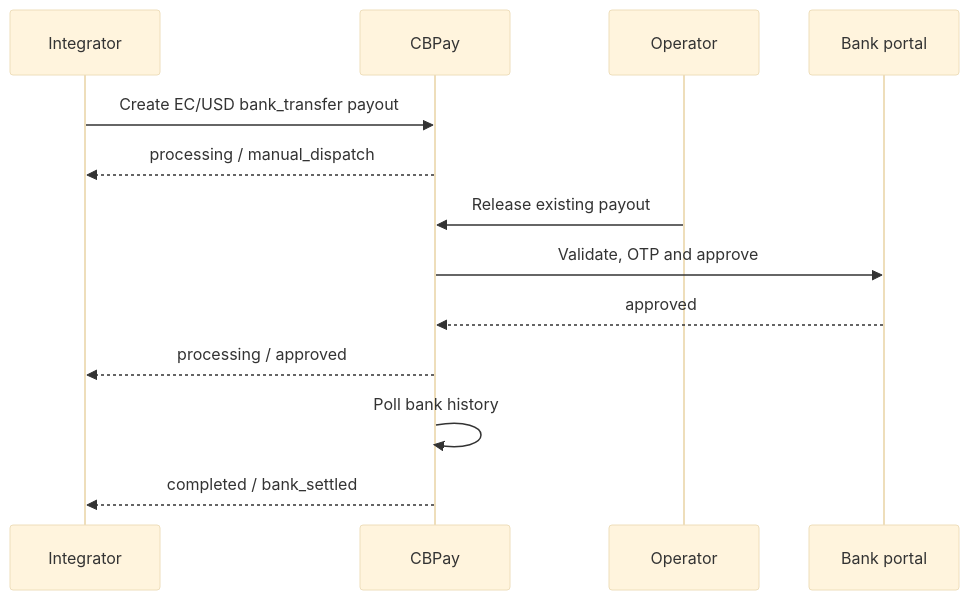
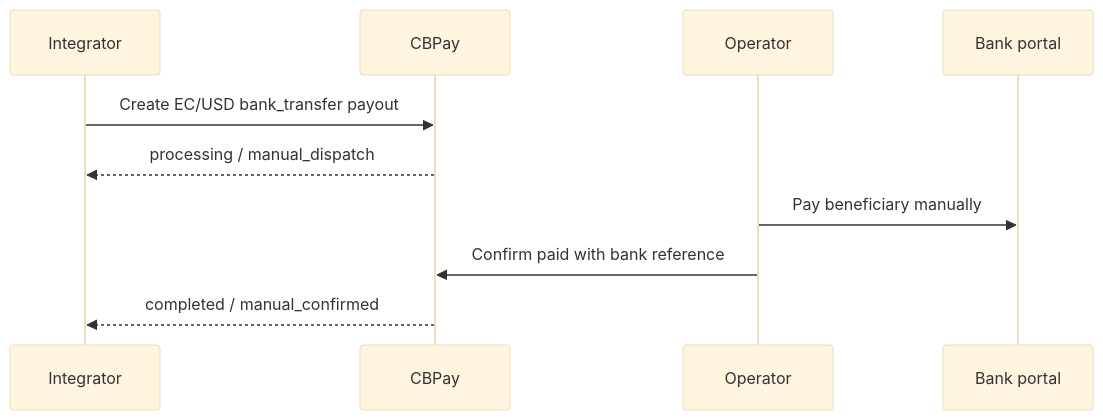
One commit to CBpayapp/cbpay-docs changed the diagram in en/guides/ecuador-manual-payouts.mdx. Above: the diagram before and after it, drawn with Mermaid (base theme). The commit also changed other lines of this file and 32 other files, not shown here.

````diff
--- a/en/guides/ecuador-manual-payouts.mdx
+++ b/en/guides/ecuador-manual-payouts.mdx
@@ -32,15 +31,12 @@
 ```mermaid
 sequenceDiagram
   participant I as Integrator
   participant C as CBPay
   participant O as Operator
   participant B as Bank portal
   I->>C: Create EC/USD bank_transfer payout
   C-->>I: processing / manual_dispatch
-  O->>C: Release existing payout
-  C->>B: Validate, OTP and approve
-  B-->>C: approved
-  C-->>I: processing / approved
-  C->>C: Poll bank history
-  C-->>I: completed / bank_settled
+  O->>B: Pay beneficiary manually
+  O->>C: Confirm paid with bank reference
+  C-->>I: completed / manual_confirmed
 ```
````
